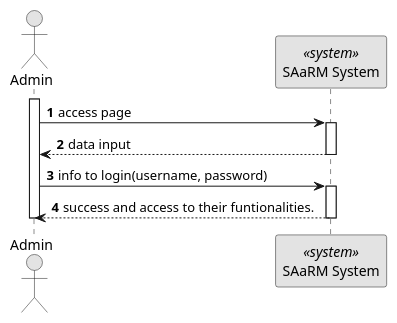
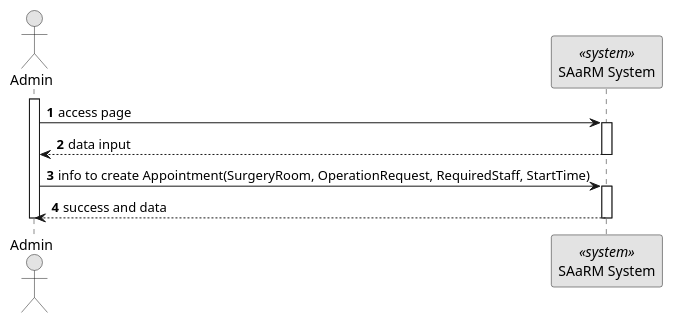
One commit to Ana-Miguel-Silva/SurgicalAppointmentAndResourceManagement changed the diagram in docs/BackofficeModule/7.2.8/sequence-diagram-1.puml. Above: the diagram before and after it, drawn with PlantUML. The commit also changed 36 other files, not shown here.

```diff
--- a/docs/BackofficeModule/7.2.8/sequence-diagram-1.puml
+++ b/docs/BackofficeModule/7.2.8/sequence-diagram-1.puml
@@ -1,26 +1,26 @@
-@startuml 5.1.1
+@startuml 5.1.8
 skinparam monochrome true
 skinparam packageStyle rectangle
 skinparam shadowing false
 
 autonumber
 
 actor "Admin" as AD
 participant "SAaRM System" as SYS <<system>>
 
 activate AD
 AD -> SYS: access page
 activate SYS
 SYS --> AD : data input
 deactivate SYS
-AD -> SYS : info to login(username, password)
+AD -> SYS : info to create Appointment(SurgeryRoom, OperationRequest, RequiredStaff, StartTime)
 activate SYS
-SYS --> AD : success and access to their funtionalities.
+SYS --> AD : success and data
 
 deactivate SYS
 
 deactivate AD
 
 
 
 @enduml
```
